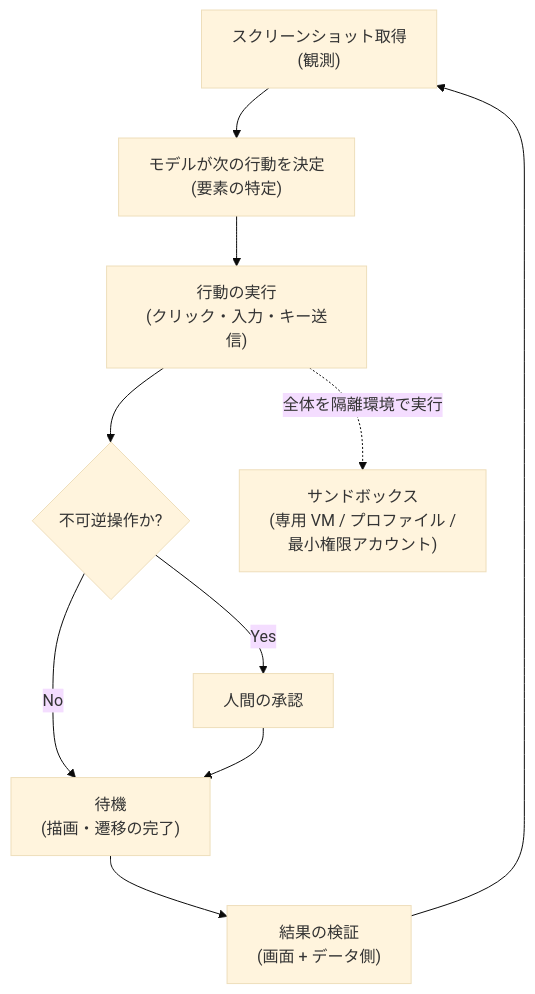
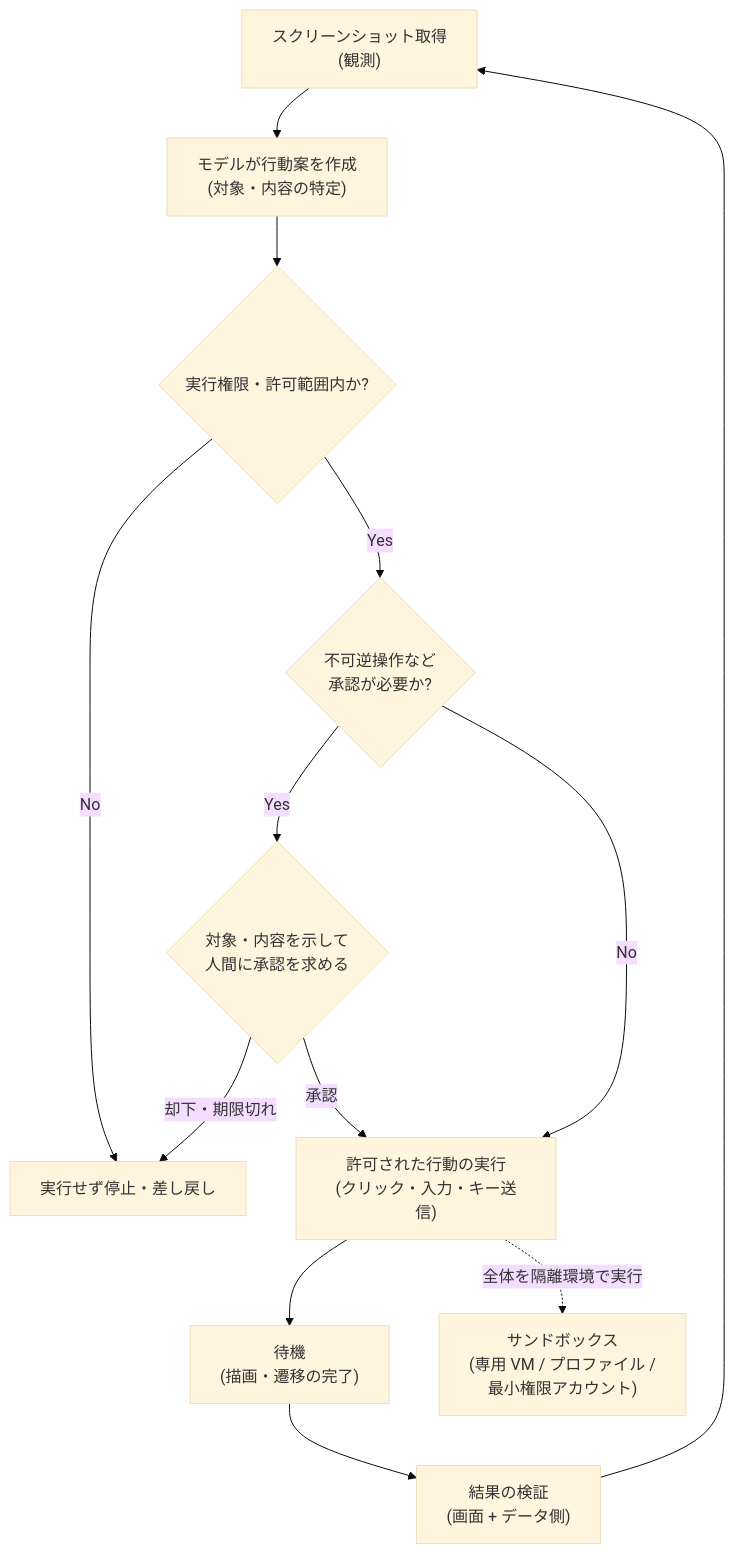
One commit to pero3dev/ai-agent-library changed the diagram in docs/03-implementation/computer-use-implementation.md. Above: the diagram before and after it, drawn with Mermaid (base theme). The commit also changed other lines of this file and 147 other files, not shown here.

````diff
--- a/docs/03-implementation/computer-use-implementation.md
+++ b/docs/03-implementation/computer-use-implementation.md
@@ -33,12 +33,15 @@
 ```mermaid
 flowchart TD
-    S["スクリーンショット取得<br/>(観測)"] --> D["モデルが次の行動を決定<br/>(要素の特定)"]
-    D --> A["行動の実行<br/>(クリック・入力・キー送信)"]
-    A --> G{"不可逆操作か?"}
-    G -->|Yes| H["人間の承認"]
-    G -->|No| W["待機<br/>(描画・遷移の完了)"]
-    H --> W
+    S["スクリーンショット取得<br/>(観測)"] --> D["モデルが行動案を作成<br/>(対象・内容の特定)"]
+    D --> P{"実行権限・許可範囲内か?"}
+    P -->|No| X["実行せず停止・差し戻し"]
+    P -->|Yes| G{"不可逆操作など<br/>承認が必要か?"}
+    G -->|Yes| H{"対象・内容を示して<br/>人間に承認を求める"}
+    H -->|却下・期限切れ| X
+    H -->|承認| A["許可された行動の実行<br/>(クリック・入力・キー送信)"]
+    G -->|No| A
+    A --> W["待機<br/>(描画・遷移の完了)"]
     W --> V["結果の検証<br/>(画面 + データ側)"]
     V --> S
     A -.->|全体を隔離環境で実行| SB["サンドボックス<br/>(専用 VM / プロファイル /<br/>最小権限アカウント)"]
 ```
````
